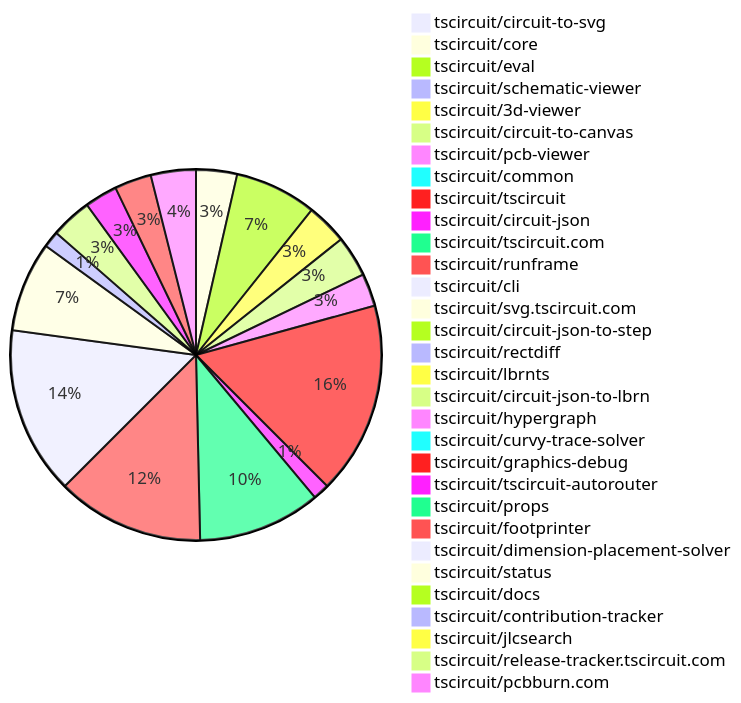
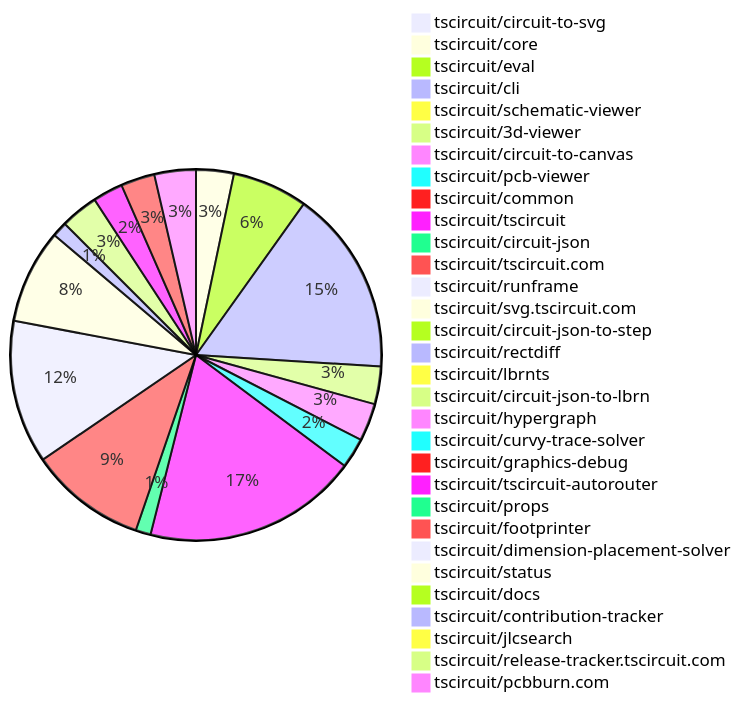
One commit to tscircuit/contribution-tracker changed the diagram in README.md. Above: the diagram before and after it, drawn with Mermaid. The commit also changed other lines of this file and 3 other files, not shown here.

````diff
--- a/README.md
+++ b/README.md
@@ -37,34 +37,34 @@
 ```mermaid
 pie
     "tscircuit/circuit-to-svg" : 2
     "tscircuit/core" : 10
     "tscircuit/eval" : 20
+    "tscircuit/cli" : 49
     "tscircuit/schematic-viewer" : 1
     "tscircuit/3d-viewer" : 10
     "tscircuit/circuit-to-canvas" : 10
     "tscircuit/pcb-viewer" : 8
     "tscircuit/common" : 1
-    "tscircuit/tscircuit" : 47
+    "tscircuit/tscircuit" : 57
     "tscircuit/circuit-json" : 4
-    "tscircuit/tscircuit.com" : 30
-    "tscircuit/runframe" : 36
-    "tscircuit/cli" : 41
-    "tscircuit/svg.tscircuit.com" : 22
+    "tscircuit/tscircuit.com" : 31
+    "tscircuit/runframe" : 38
+    "tscircuit/svg.tscircuit.com" : 25
     "tscircuit/circuit-json-to-step" : 2
     "tscircuit/rectdiff" : 4
     "tscircuit/lbrnts" : 2
     "tscircuit/circuit-json-to-lbrn" : 10
     "tscircuit/hypergraph" : 2
     "tscircuit/curvy-trace-solver" : 2
     "tscircuit/graphics-debug" : 1
     "tscircuit/tscircuit-autorouter" : 8
     "tscircuit/props" : 1
     "tscircuit/footprinter" : 9
     "tscircuit/dimension-placement-solver" : 2
     "tscircuit/status" : 1
     "tscircuit/docs" : 3
     "tscircuit/contribution-tracker" : 1
     "tscircuit/jlcsearch" : 1
     "tscircuit/release-tracker.tscircuit.com" : 1
     "tscircuit/pcbburn.com" : 11
 ```
````
